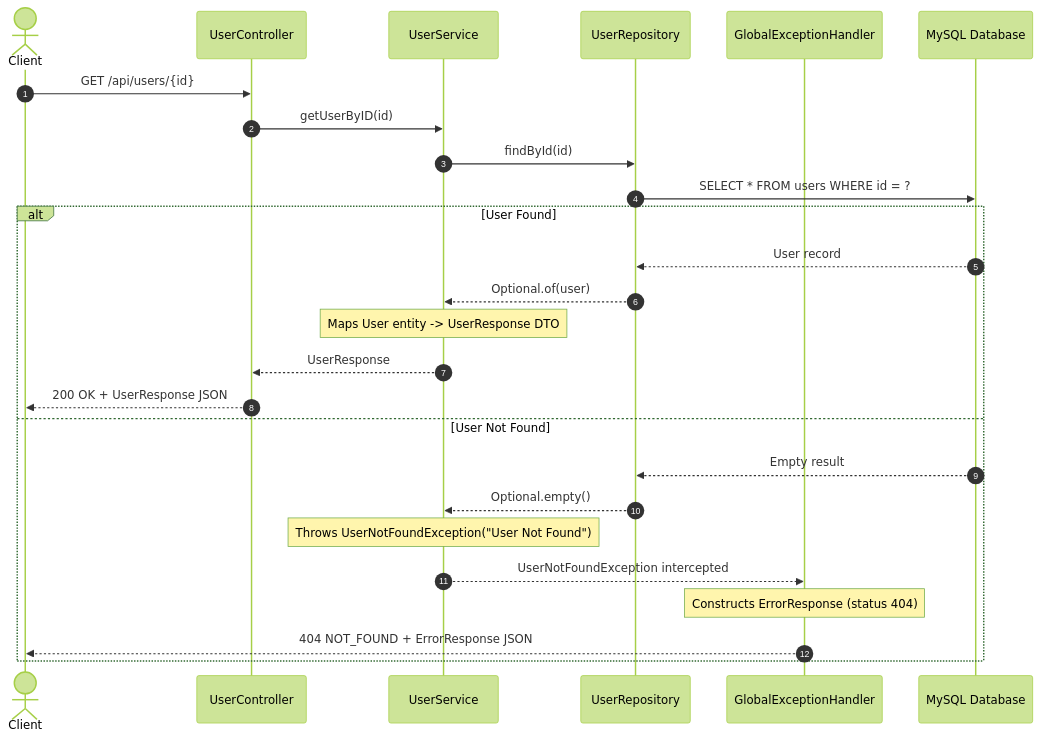
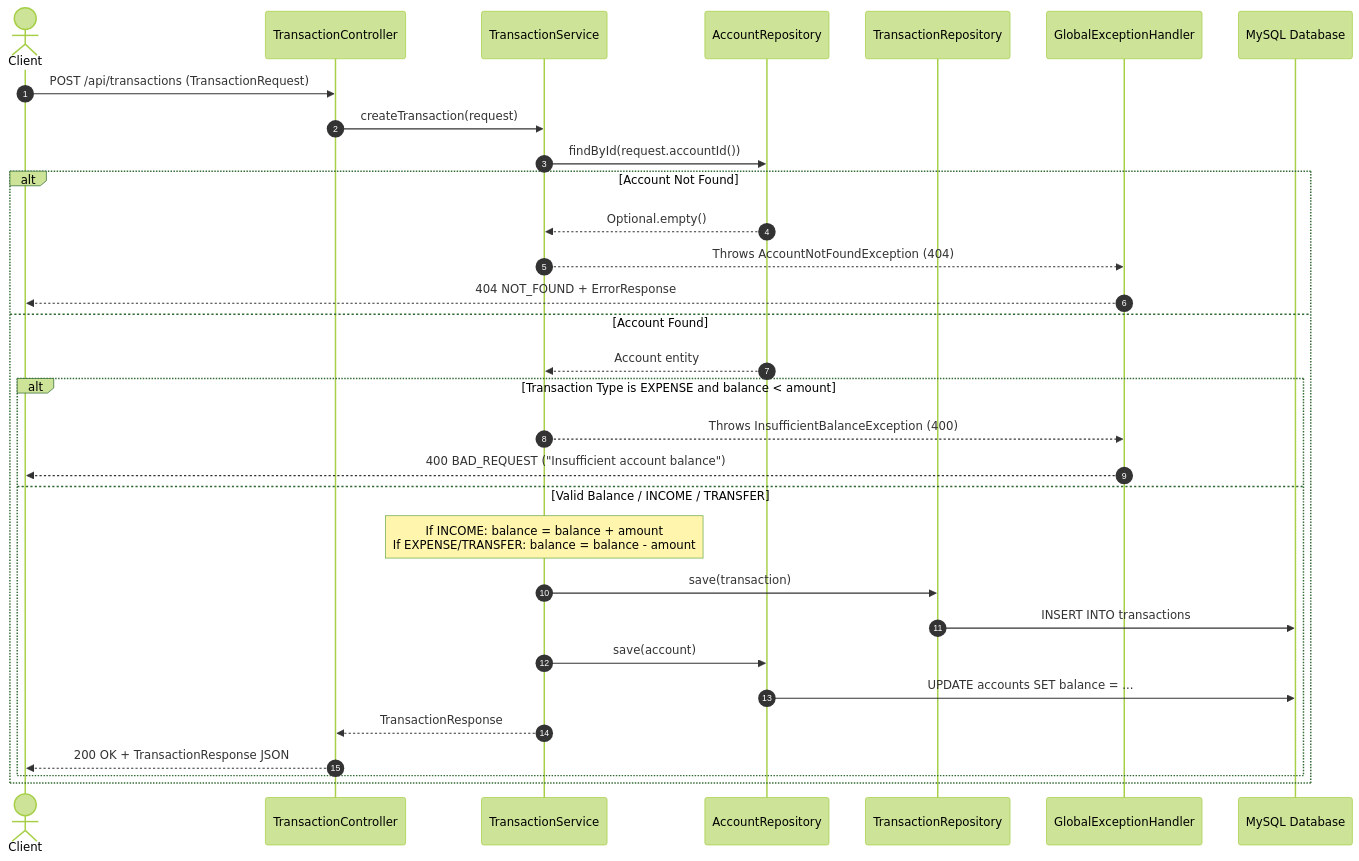
Before and after one commit to TejasKarambe/finance: the second of 2 diagrams in Readme.MD, drawn with Mermaid (forest theme). The commit also changed other lines of this file, not shown here.

````diff
--- a/Readme.MD
+++ b/Readme.MD
@@ -141,29 +181,34 @@
 ```mermaid
 sequenceDiagram
     autonumber
     actor Client
-    participant Controller as UserController
-    participant Service as UserService
-    participant Repo as UserRepository
+    participant Controller as TransactionController
+    participant Service as TransactionService
+    participant AccRepo as AccountRepository
+    participant TxRepo as TransactionRepository
     participant Handler as GlobalExceptionHandler
     participant DB as MySQL Database
 
-    Client->>Controller: GET /api/users/{id}
-    Controller->>Service: getUserByID(id)
-    Service->>Repo: findById(id)
-    Repo->>DB: SELECT * FROM users WHERE id = ?
-    alt User Found
-        DB-->>Repo: User record
-        Repo-->>Service: Optional.of(user)
-        Note over Service: Maps User entity -> UserResponse DTO
-        Service-->>Controller: UserResponse
-        Controller-->>Client: 200 OK + UserResponse JSON
-    else User Not Found
-        DB-->>Repo: Empty result
-        Repo-->>Service: Optional.empty()
-        Note over Service: Throws UserNotFoundException("User Not Found")
-        Service-->>Handler: UserNotFoundException intercepted
-        Note over Handler: Constructs ErrorResponse (status 404)
-        Handler-->>Client: 404 NOT_FOUND + ErrorResponse JSON
+    Client->>Controller: POST /api/transactions (TransactionRequest)
+    Controller->>Service: createTransaction(request)
+    Service->>AccRepo: findById(request.accountId())
+    alt Account Not Found
+        AccRepo-->>Service: Optional.empty()
+        Service-->>Handler: Throws AccountNotFoundException (404)
+        Handler-->>Client: 404 NOT_FOUND + ErrorResponse
+    else Account Found
+        AccRepo-->>Service: Account entity
+        alt Transaction Type is EXPENSE and balance < amount
+            Service-->>Handler: Throws InsufficientBalanceException (400)
+            Handler-->>Client: 400 BAD_REQUEST ("Insufficient account balance")
+        else Valid Balance / INCOME / TRANSFER
+            Note over Service: If INCOME: balance = balance + amount<br/>If EXPENSE/TRANSFER: balance = balance - amount
+            Service->>TxRepo: save(transaction)
+            TxRepo->>DB: INSERT INTO transactions
+            Service->>AccRepo: save(account)
+            AccRepo->>DB: UPDATE accounts SET balance = ...
+            Service-->>Controller: TransactionResponse
+            Controller-->>Client: 200 OK + TransactionResponse JSON
+        end
     end
 ```
````
